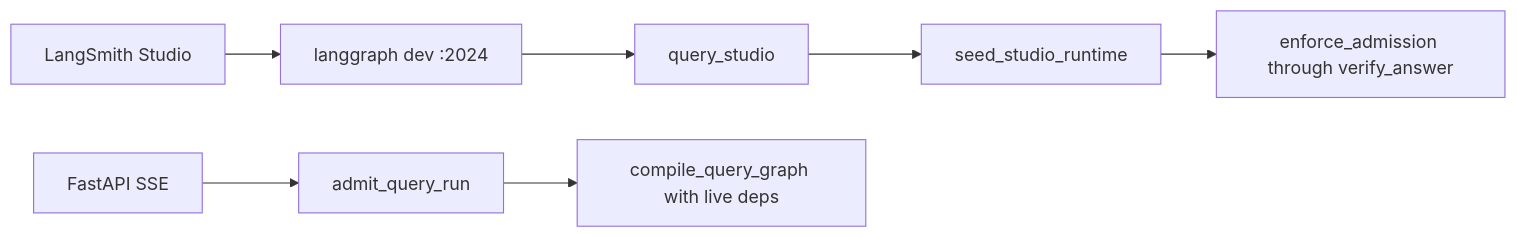
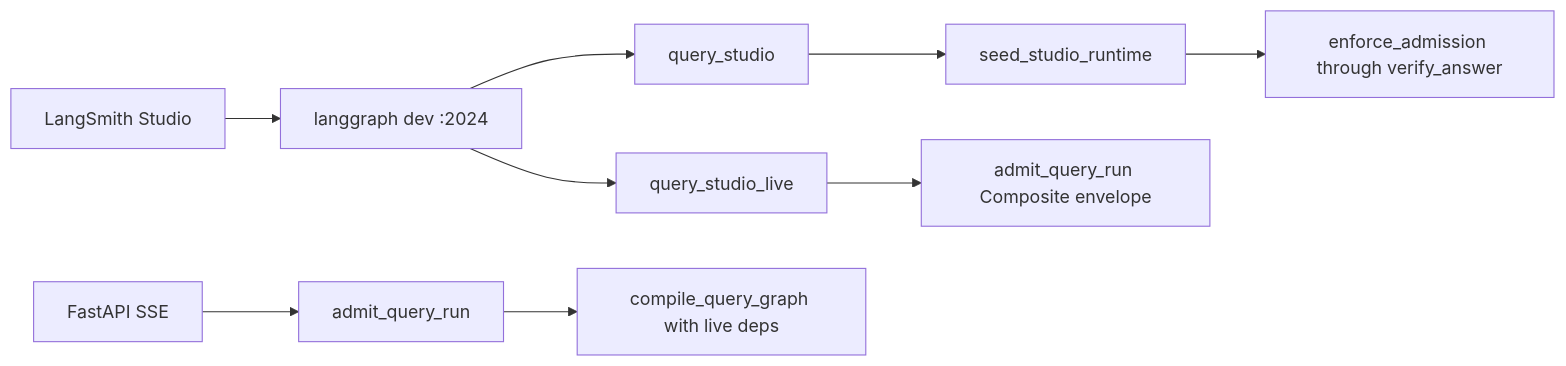
Before and after one commit to Nagdy8888/smart-rag: the diagram in docs/development/LANGGRAPH_STUDIO.md, drawn with Mermaid. The commit also changed other lines of this file and 196 other files, not shown here.

````diff
--- a/docs/development/LANGGRAPH_STUDIO.md
+++ b/docs/development/LANGGRAPH_STUDIO.md
@@ -33,9 +35,11 @@
 ```mermaid
 flowchart LR
   studioUi["LangSmith Studio"] --> devServer["langgraph dev :2024"]
   devServer --> studioGraph["query_studio"]
   studioGraph --> seed["seed_studio_runtime"]
   seed --> pipeline["enforce_admission through verify_answer"]
+  devServer --> liveStudio["query_studio_live"]
+  liveStudio --> admitLive["admit_query_run Composite envelope"]
   fastapi["FastAPI SSE"] --> admit["admit_query_run"]
   admit --> liveGraph["compile_query_graph with live deps"]
 ```
````
